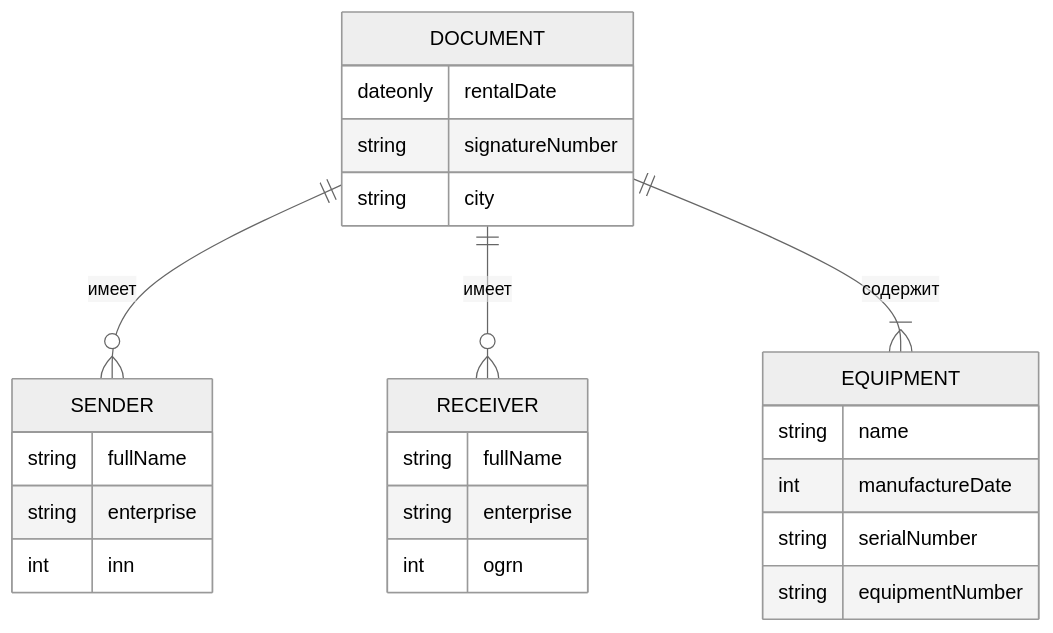
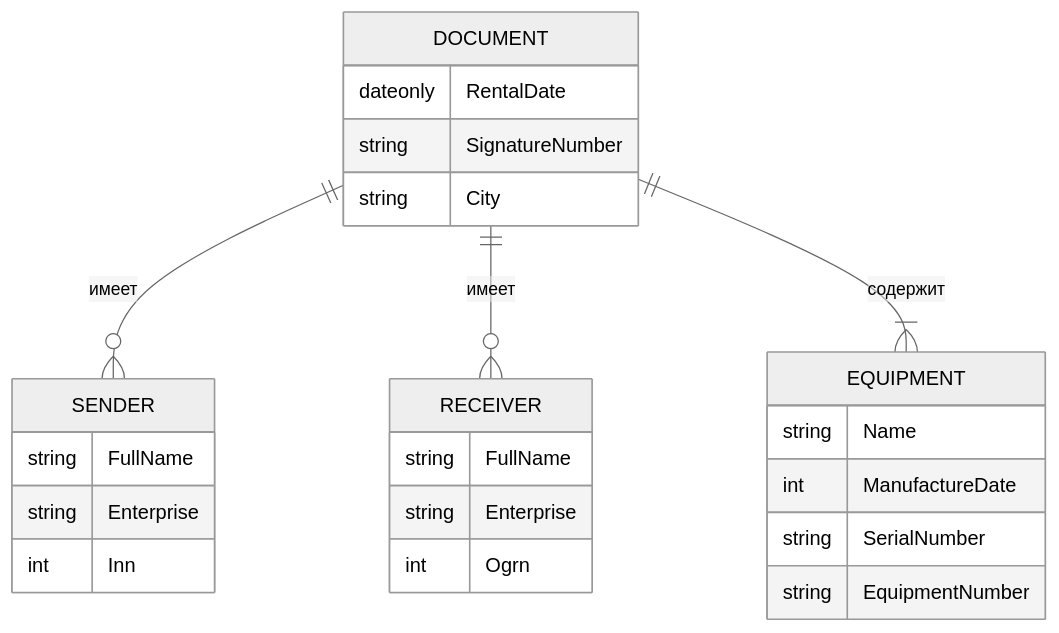
One commit to vaymanbanger/EquipHandover changed the diagram in README.md. Above: the diagram before and after it, drawn with Mermaid (neutral theme). The commit also changed other lines of this file, not shown here.

````diff
--- a/README.md
+++ b/README.md
@@ -4,28 +4,28 @@
 ```mermaid
 erDiagram
 DOCUMENT {
-    dateonly rentalDate
-    string signatureNumber
-    string city
+    dateonly RentalDate
+    string SignatureNumber
+    string City
 }
 DOCUMENT ||--o{ SENDER : "имеет"
 SENDER {
-    string fullName
-    string enterprise
-    int inn
+    string FullName
+    string Enterprise
+    int Inn
 }
 DOCUMENT ||--o{ RECEIVER : "имеет"
 RECEIVER {
-    string fullName
-    string enterprise
-    int ogrn
+    string FullName
+    string Enterprise
+    int Ogrn
 }
 DOCUMENT ||--|{ EQUIPMENT : "содержит"
 EQUIPMENT {
-    string name
-    int manufactureDate
-    string serialNumber
-    string equipmentNumber
+    string Name
+    int ManufactureDate
+    string SerialNumber
+    string EquipmentNumber
 }
 
 ```
````
